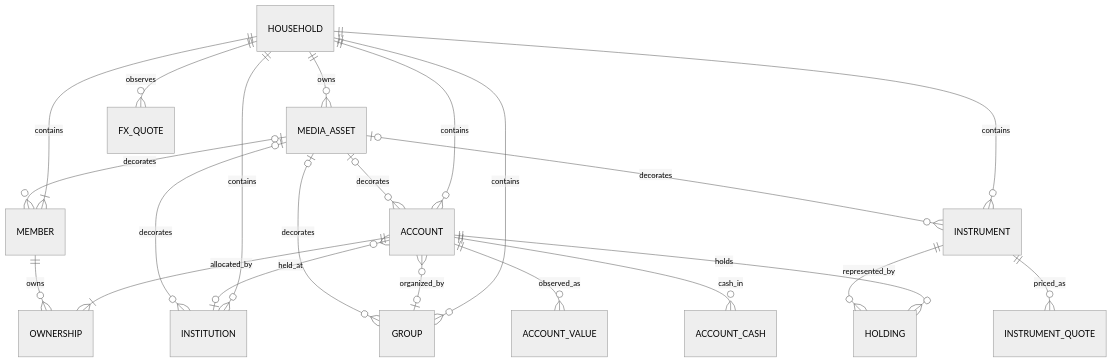
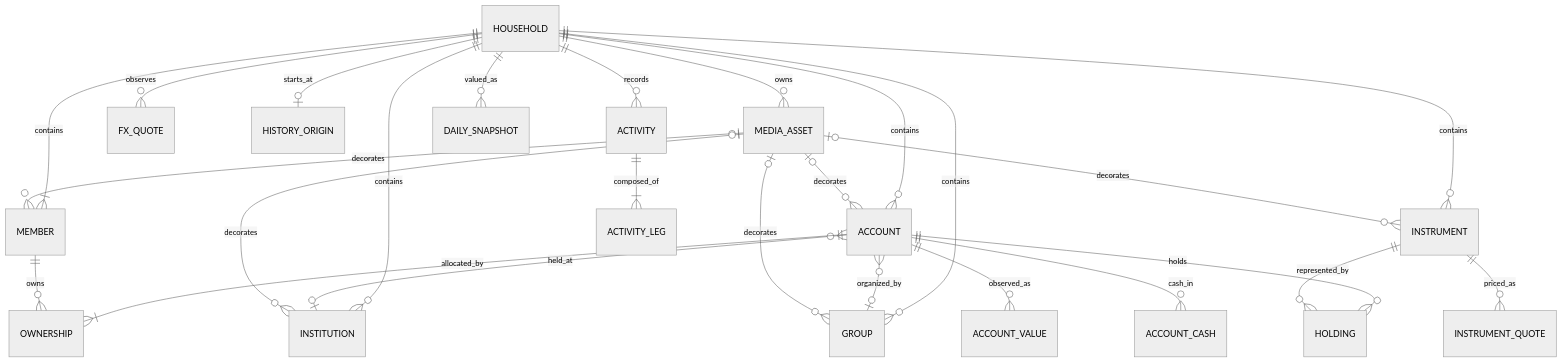
One commit to MnemosyneLab/Nestworth changed the diagram in docs/architecture/domain-model.md. Above: the diagram before and after it, drawn with Mermaid (neutral theme). The commit also changed other lines of this file and 86 other files, not shown here.

First line of the commit message:
feat: implement v0.1.3 activity and history (#3)

````diff
--- a/docs/architecture/domain-model.md
+++ b/docs/architecture/domain-model.md
@@ -7,24 +7,28 @@
 ```mermaid
 erDiagram
     HOUSEHOLD ||--|{ MEMBER : contains
     HOUSEHOLD ||--o{ INSTITUTION : contains
     HOUSEHOLD ||--o{ GROUP : contains
     HOUSEHOLD ||--o{ ACCOUNT : contains
     HOUSEHOLD ||--o{ INSTRUMENT : contains
     HOUSEHOLD ||--o{ MEDIA_ASSET : owns
     HOUSEHOLD ||--o{ FX_QUOTE : observes
     ACCOUNT }o--o| INSTITUTION : held_at
     ACCOUNT }o--o| GROUP : organized_by
     ACCOUNT ||--|{ OWNERSHIP : allocated_by
     MEMBER ||--o{ OWNERSHIP : owns
     ACCOUNT ||--o{ ACCOUNT_VALUE : observed_as
     ACCOUNT ||--o{ HOLDING : holds
     ACCOUNT ||--o{ ACCOUNT_CASH : cash_in
     INSTRUMENT ||--o{ HOLDING : represented_by
     INSTRUMENT ||--o{ INSTRUMENT_QUOTE : priced_as
     MEDIA_ASSET o|--o{ MEMBER : decorates
     MEDIA_ASSET o|--o{ INSTITUTION : decorates
     MEDIA_ASSET o|--o{ GROUP : decorates
     MEDIA_ASSET o|--o{ ACCOUNT : decorates
     MEDIA_ASSET o|--o{ INSTRUMENT : decorates
+    HOUSEHOLD ||--o| HISTORY_ORIGIN : starts_at
+    HOUSEHOLD ||--o{ ACTIVITY : records
+    ACTIVITY ||--|{ ACTIVITY_LEG : composed_of
+    HOUSEHOLD ||--o{ DAILY_SNAPSHOT : valued_as
 ```
````
